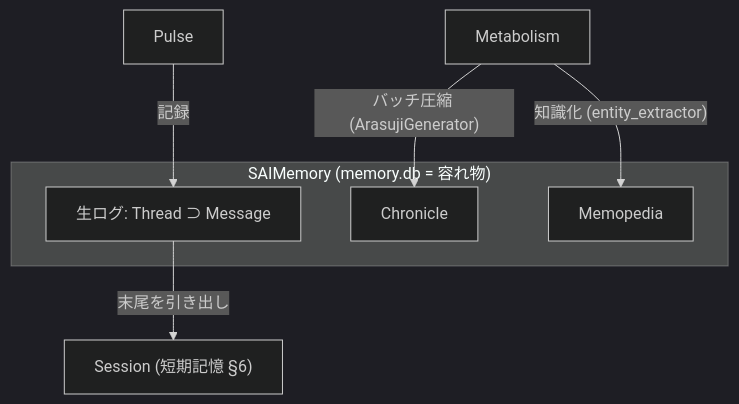
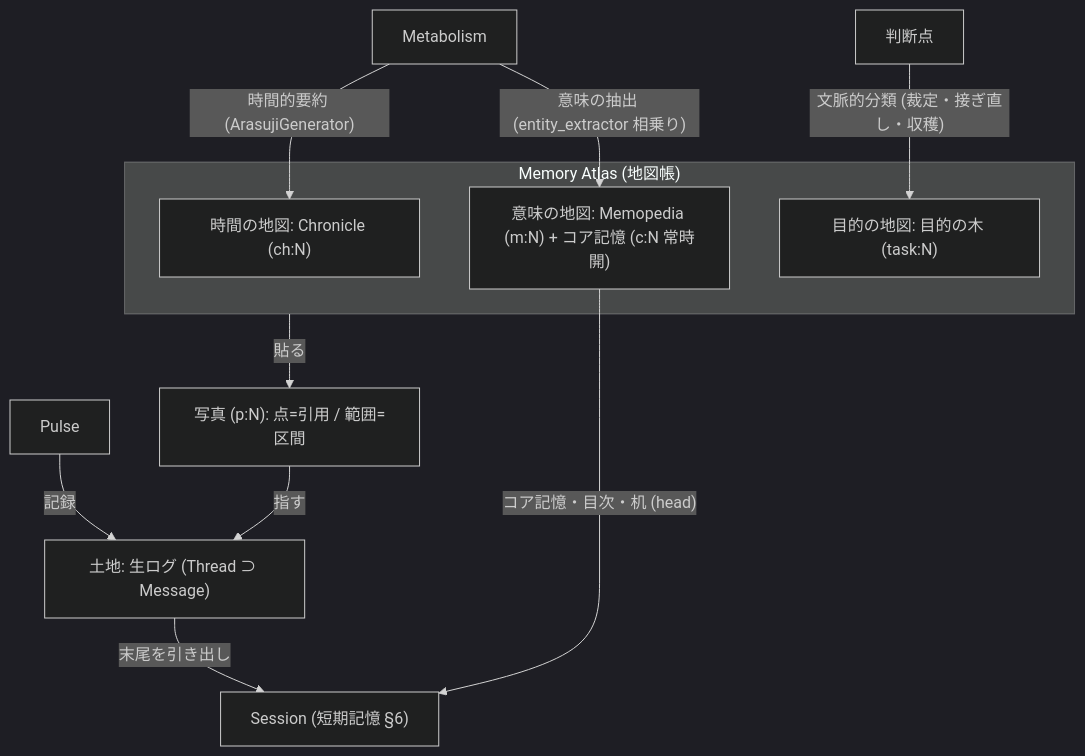
Before and after one commit to maha0525/SAIVerse: the fifth of 7 diagrams in docs/overview/landscape.md, drawn with Mermaid (dark theme). The commit also changed other lines of this file and 1 other file, not shown here.

First line of the commit message:
docs(landscape): v2.0 — Memory Atlas と自律行動v2 (時間割+判断点) を反映する大改訂

````diff
--- a/docs/overview/landscape.md
+++ b/docs/overview/landscape.md
@@ -256,12 +289,18 @@
 ```mermaid
 graph TD
-    subgraph SAIMemory["SAIMemory (memory.db = 容れ物)"]
-        ChatLog["生ログ: Thread ⊃ Message"]
-        Chronicle
-        Memopedia
+    Land["土地: 生ログ (Thread ⊃ Message)"]
+    subgraph Atlas["Memory Atlas (地図帳)"]
+        TimeMap["時間の地図: Chronicle (ch:N)"]
+        MeaningMap["意味の地図: Memopedia (m:N) + コア記憶 (c:N 常時開)"]
+        PurposeMap["目的の地図: 目的の木 (task:N)"]
     end
-    Pulse -->|記録| ChatLog
-    Metabolism -->|"バッチ圧縮 (ArasujiGenerator)"| Chronicle
-    Metabolism -->|"知識化 (entity_extractor)"| Memopedia
-    ChatLog -->|末尾を引き出し| Session["Session (短期記憶 §6)"]
+    Photo["写真 (p:N): 点=引用 / 範囲=区間"]
+    Pulse -->|記録| Land
+    Metabolism -->|"時間的要約 (ArasujiGenerator)"| TimeMap
+    Metabolism -->|"意味の抽出 (entity_extractor 相乗り)"| MeaningMap
+    JudgmentPoints["判断点"] -->|"文脈的分類 (裁定・接ぎ直し・収穫)"| PurposeMap
+    Atlas -->|貼る| Photo
+    Photo -->|指す| Land
+    Land -->|末尾を引き出し| Session["Session (短期記憶 §6)"]
+    MeaningMap -->|"コア記憶・目次・机 (head)"| Session
 ```
````
